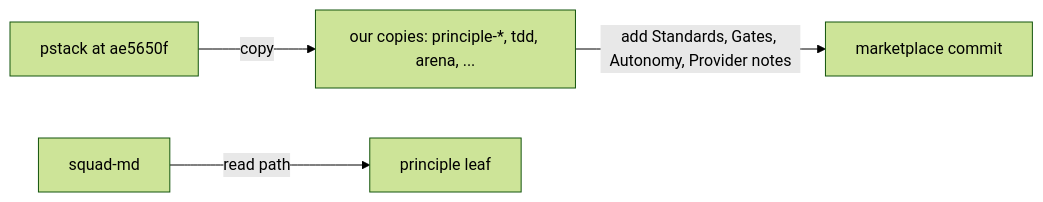
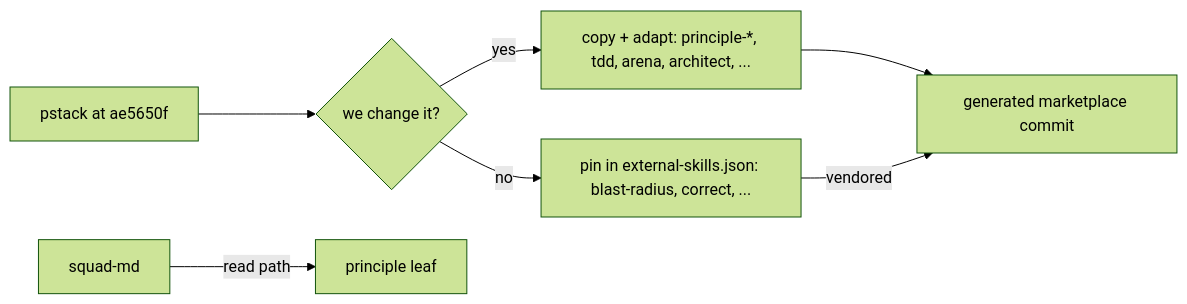
The diagram in docs/pbi/squad/ps04-pstack-reuse.md (svennijhuis/agentPacks), drawn with Mermaid (forest theme) before and after one commit. The commit also changed other lines of this file and 22 other files, not shown here.

````diff
--- a/docs/pbi/squad/ps04-pstack-reuse.md
+++ b/docs/pbi/squad/ps04-pstack-reuse.md
@@ -125,6 +126,9 @@
 ```mermaid
 flowchart LR
-  U["pstack at ae5650f"] -->|copy| C["our copies: principle-*, tdd, arena, ..."]
-  C -->|add Standards, Gates, Autonomy, Provider notes| M["marketplace commit"]
+  U["pstack at ae5650f"] --> Q{"we change it?"}
+  Q -- yes --> C["copy + adapt: principle-*, tdd, arena, architect, ..."]
+  Q -- no --> P["pin in external-skills.json: blast-radius, correct, ..."]
+  C --> M["generated marketplace commit"]
+  P -->|vendored| M
   H["squad-md"] -->|read path| L["principle leaf"]
 ```
````
